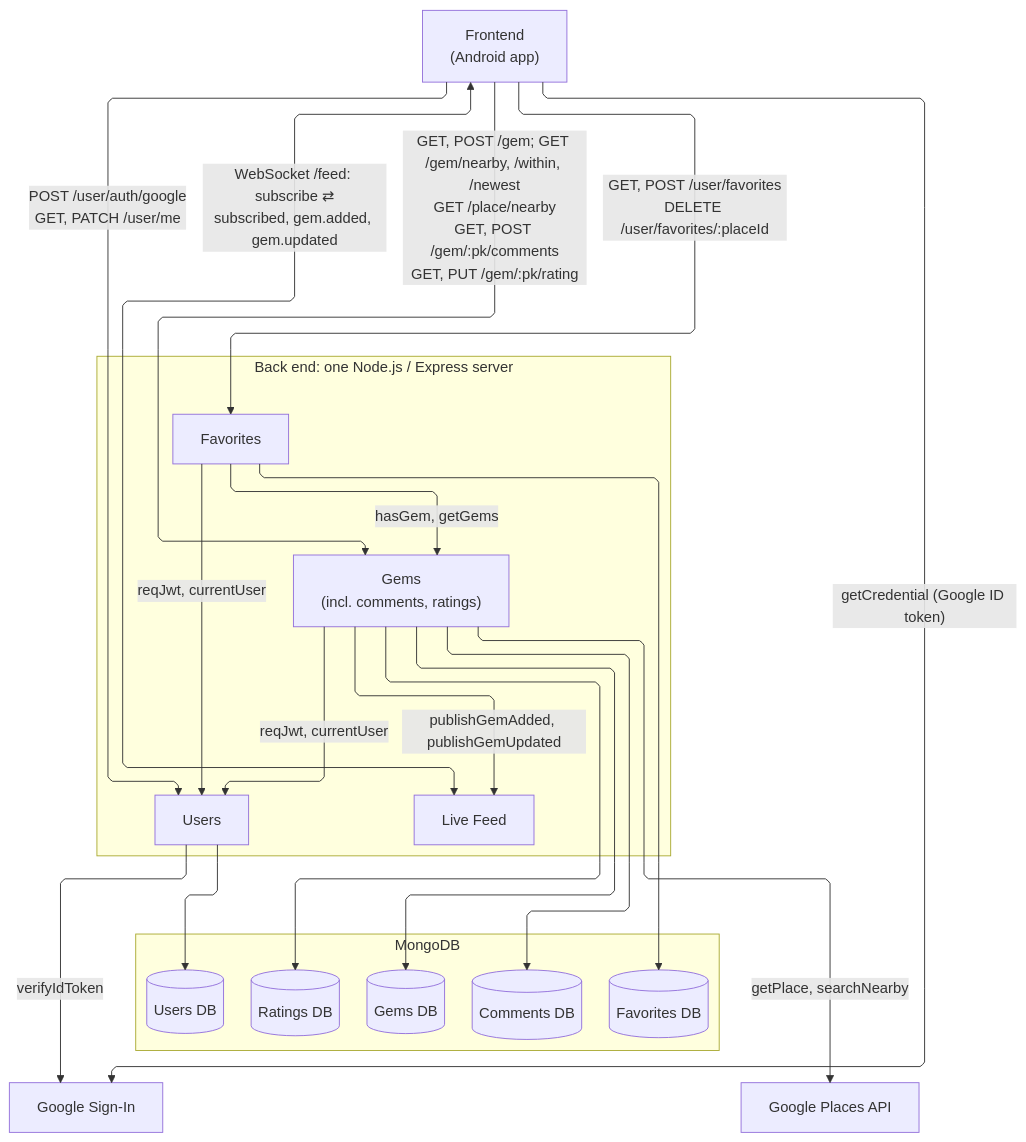
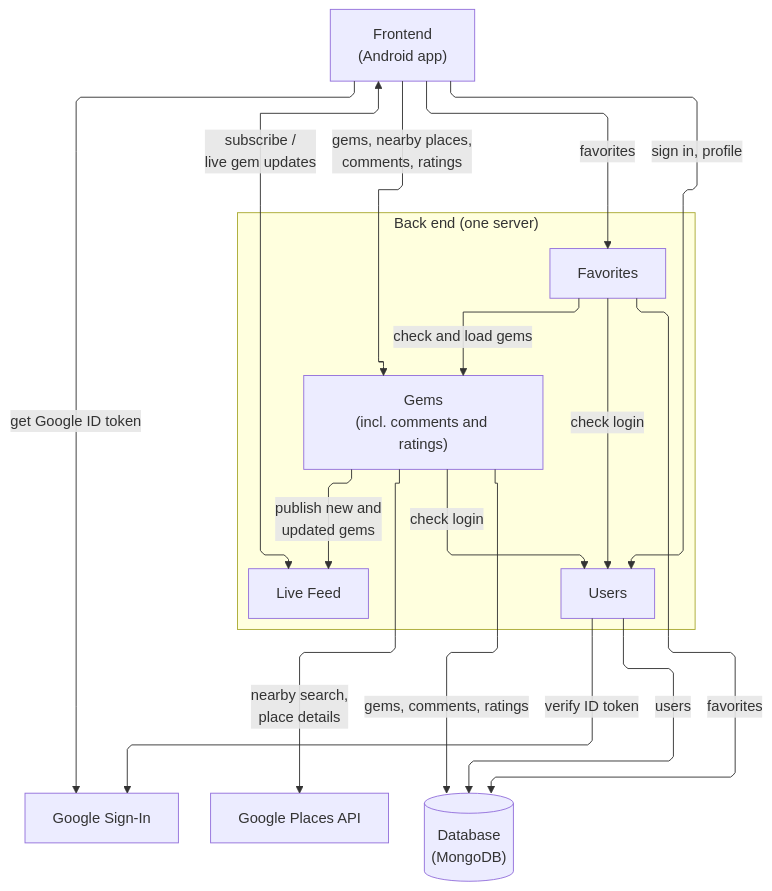
The diagram in documentation/diagrams/dependencies.mmd (ubc-cpen-321-excavator/excavator), drawn with Mermaid before and after one commit. The commit also changed 16 other files, not shown here.

Commit message:
docs: simplify diagrams and show every failure case

```diff
--- a/documentation/diagrams/dependencies.mmd
+++ b/documentation/diagrams/dependencies.mmd
@@ -1,48 +1,38 @@
 ---
 config:
   layout: elk
   flowchart:
     curve: linear
 ---
 flowchart TB
   App["Frontend<br/>(Android app)"]
   SignIn["Google Sign-In"]
 
-  subgraph Backend["Back end: one Node.js / Express server"]
+  subgraph Backend["Back end (one server)"]
     direction LR
     Users["Users"]
     Favs["Favorites"]
-    Gems["Gems<br/>(incl. comments, ratings)"]
+    Gems["Gems<br/>(incl. comments and ratings)"]
     Feed["Live Feed"]
   end
 
   Places["Google Places API"]
+  DB[("Database<br/>(MongoDB)")]
 
-  subgraph DBs["MongoDB"]
-    direction LR
-    UsersDB[("Users DB")]
-    FavsDB[("Favorites DB")]
-    GemsDB[("Gems DB")]
-    CommentsDB[("Comments DB")]
-    RatingsDB[("Ratings DB")]
-  end
+  App -->|"get Google ID token"| SignIn
+  App -->|"sign in, profile"| Users
+  App -->|"favorites"| Favs
+  App -->|"gems, nearby places,<br/>comments, ratings"| Gems
+  App <-->|"subscribe /<br/>live gem updates"| Feed
 
-  App -->|"getCredential (Google ID token)"| SignIn
-  App -->|"POST /user/auth/google<br/>GET, PATCH /user/me"| Users
-  App -->|"GET, POST /user/favorites<br/>DELETE /user/favorites/:placeId"| Favs
-  App -->|"GET, POST /gem; GET /gem/nearby, /within, /newest<br/>GET /place/nearby<br/>GET, POST /gem/:pk/comments<br/>GET, PUT /gem/:pk/rating"| Gems
-  App <-->|"WebSocket /feed: subscribe ⇄<br/>subscribed, gem.added, gem.updated"| Feed
+  Favs -->|"check login"| Users
+  Gems -->|"check login"| Users
+  Favs -->|"check and load gems"| Gems
+  Gems -->|"publish new and<br/>updated gems"| Feed
 
-  Favs -->|"reqJwt, currentUser"| Users
-  Gems -->|"reqJwt, currentUser"| Users
-  Favs -->|"hasGem, getGems"| Gems
-  Gems -->|"publishGemAdded, publishGemUpdated"| Feed
+  Users -->|"verify ID token"| SignIn
+  Gems -->|"nearby search,<br/>place details"| Places
 
-  Users -->|"verifyIdToken"| SignIn
-  Gems -->|"getPlace, searchNearby"| Places
-
-  Users --> UsersDB
-  Favs --> FavsDB
-  Gems --> GemsDB
-  Gems --> CommentsDB
-  Gems --> RatingsDB
+  Users -->|"users"| DB
+  Favs -->|"favorites"| DB
+  Gems -->|"gems, comments, ratings"| DB
```
